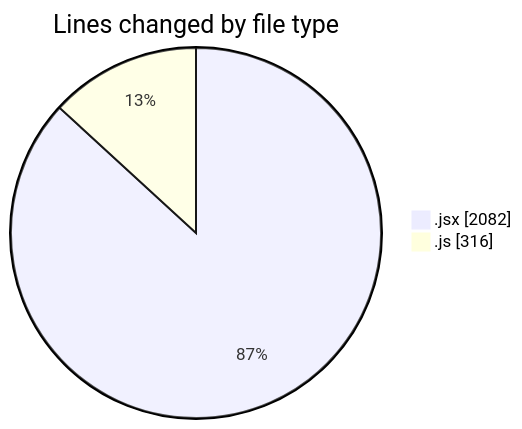
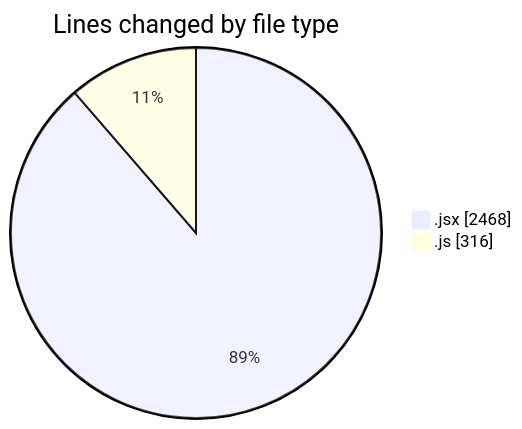
Before and after one commit to nxtqubesakshisongat/code-tracking: the first of 2 diagrams in 2025-07-13/argos/README.md, drawn with Mermaid. The commit also changed other lines of this file and 1 other file, not shown here.

````diff
--- a/2025-07-13/argos/README.md
+++ b/2025-07-13/argos/README.md
@@ -21,6 +21,6 @@
 ```mermaid
 pie showData
 title Lines changed by file type
-".jsx" : 2082
+".jsx" : 2468
 ".js" : 316
 ```
````
